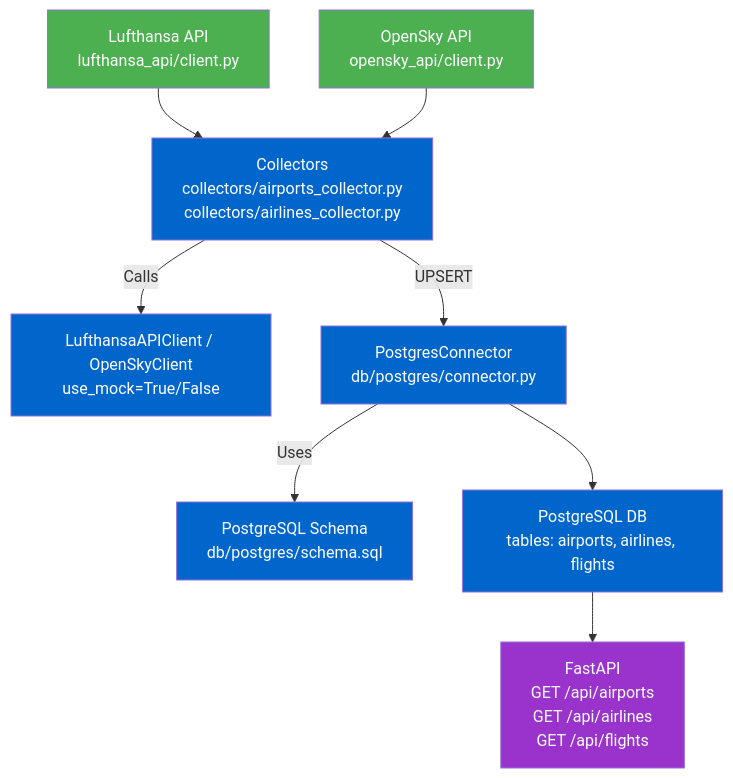
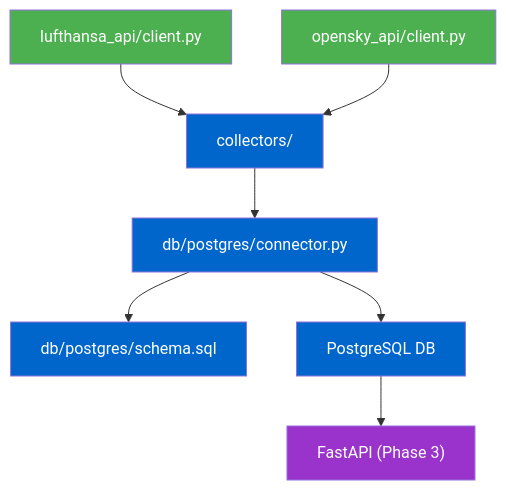
Before and after one commit to MatthiasSails/airline-data-platform: the sixth of 7 diagrams in 01-requirements/c-architecture/architecture_m.md, drawn with Mermaid. The commit also changed other lines of this file, not shown here.

First line of the commit message:
Restructure architecture_m.md: one diagram per project phase

````diff
--- a/01-requirements/c-architecture/architecture_m.md
+++ b/01-requirements/c-architecture/architecture_m.md
@@ -203,27 +176,21 @@
 ```mermaid
 graph TD
-    API["Lufthansa API<br/>lufthansa_api/client.py"]
-    
-    API --> COLLECTORS["Collectors<br/>collectors/airports_collector.py<br/>collectors/airlines_collector.py"]
-    
-    COLLECTORS -->|Calls| CLIENT["LufthansaAPIClient / OpenSkyClient<br/>use_mock=True/False"]
-    
-    COLLECTORS -->|UPSERT| CONNECTOR["PostgresConnector<br/>db/postgres/connector.py"]
+    LH["lufthansa_api/client.py"]
+    OS["opensky_api/client.py"]
 
-    OPENSKY["OpenSky API<br/>opensky_api/client.py"] --> COLLECTORS
+    LH --> COL["collectors/"]
+    OS --> COL
 
-    CONNECTOR -->|Uses| PG_SCHEMA["PostgreSQL Schema<br/>db/postgres/schema.sql"]
+    COL --> CONN["db/postgres/connector.py"]
+    CONN --> SCHEMA["db/postgres/schema.sql"]
+    CONN --> PG["PostgreSQL DB"]
+    PG --> API["FastAPI (Phase 3)"]
 
-    CONNECTOR --> PG["PostgreSQL DB<br/>tables: airports, airlines, flights"]
-
-    PG --> API_SERVER["FastAPI<br/>GET /api/airports<br/>GET /api/airlines<br/>GET /api/flights"]
-
-    style API fill:#4CAF50,color:#fff
-    style OPENSKY fill:#4CAF50,color:#fff
-    style COLLECTORS fill:#0066CC,color:#fff
-    style CLIENT fill:#0066CC,color:#fff
-    style CONNECTOR fill:#0066CC,color:#fff
-    style PG_SCHEMA fill:#0066CC,color:#fff
+    style LH fill:#4CAF50,color:#fff
+    style OS fill:#4CAF50,color:#fff
+    style COL fill:#0066CC,color:#fff
+    style CONN fill:#0066CC,color:#fff
+    style SCHEMA fill:#0066CC,color:#fff
     style PG fill:#0066CC,color:#fff
-    style API_SERVER fill:#9933CC,color:#fff
+    style API fill:#9933CC,color:#fff
 ```
````
